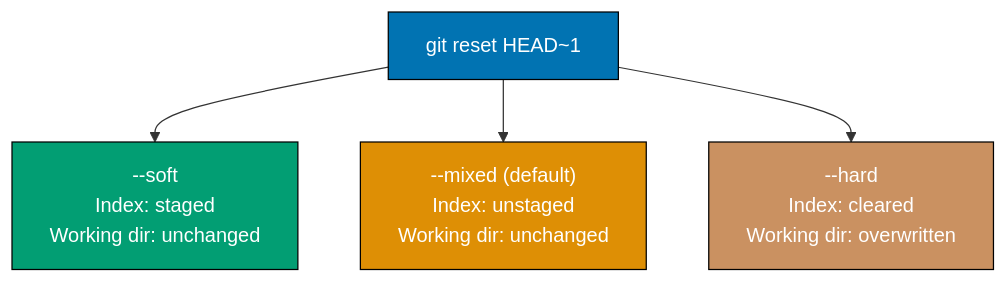
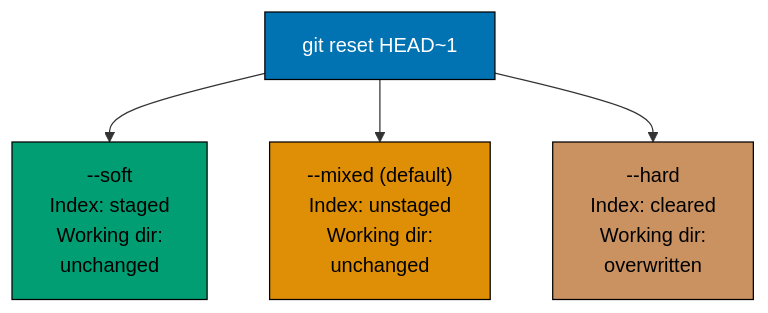
The seventh of 10 diagrams in apps/ayokoding-www/content/en/learn/legacy/software-engineering/automation-tools/git/by-example/intermediate.md (wahidyankf/ose-public), drawn with Mermaid before and after one commit. The commit also changed other lines of this file and 131 other files, not shown here.

First line of the commit message:
fix(mermaid): bring the legacy data, infrastructure, and testing diagrams onto the accessible palette

````diff
--- a/apps/ayokoding-www/content/en/learn/legacy/software-engineering/automation-tools/git/by-example/intermediate.md
+++ b/apps/ayokoding-www/content/en/learn/legacy/software-engineering/automation-tools/git/by-example/intermediate.md
@@ -630,17 +670,24 @@
 ```mermaid
 %% Color Palette: Blue #0173B2, Orange #DE8F05, Teal #029E73, Purple #CC78BC, Brown #CA9161
 graph TD
+    accTitle: Example 41: git reset --soft, --mixed, --hard
+    accDescr: Graph with 7 nodes and 6 connections. Nodes: git reset HEAD~1, B, soft, C, default) Index: unstaged Working dir: unchanged, D, hard. Connections: B to soft, C to default) Index: unstaged Working dir: unchanged, D to hard, git reset HEAD~1 to B, git reset HEAD~1 to C, git reset HEAD~1 to D.
     A["git reset HEAD~1"]
-    B["--soft<br/>Index: staged<br/>Working dir: unchanged"]
-    C["--mixed (default)<br/>Index: unstaged<br/>Working dir: unchanged"]
-    D["--hard<br/>Index: cleared<br/>Working dir: overwritten"]
+    B["--soft<br/>Index: staged<br/>Working dir:<br/>unchanged"]
+    C["--mixed (default)<br/>Index: unstaged<br/>Working dir:<br/>unchanged"]
+    D["--hard<br/>Index: cleared<br/>Working dir:<br/>overwritten"]
 
     A --> B
     A --> C
     A --> D
 
-    style A fill:#0173B2,stroke:#000,color:#fff
-    style B fill:#029E73,stroke:#000,color:#fff
-    style C fill:#DE8F05,stroke:#000,color:#fff
-    style D fill:#CA9161,stroke:#000,color:#fff
+    classDef pal-0173B2 fill:#0173B2,stroke:#000000,color:#FFFFFF
+    class A pal-0173B2
+    classDef pal-029E73 fill:#029E73,stroke:#000000,color:#000000
+    class B pal-029E73
+    classDef pal-DE8F05 fill:#DE8F05,stroke:#000000,color:#000000
+    class C pal-DE8F05
+    classDef pal-CA9161 fill:#CA9161,stroke:#000000,color:#000000
+    class D pal-CA9161
+    classDef default fill:#FFFFFF,stroke:#000000,color:#000000
 ```
````
